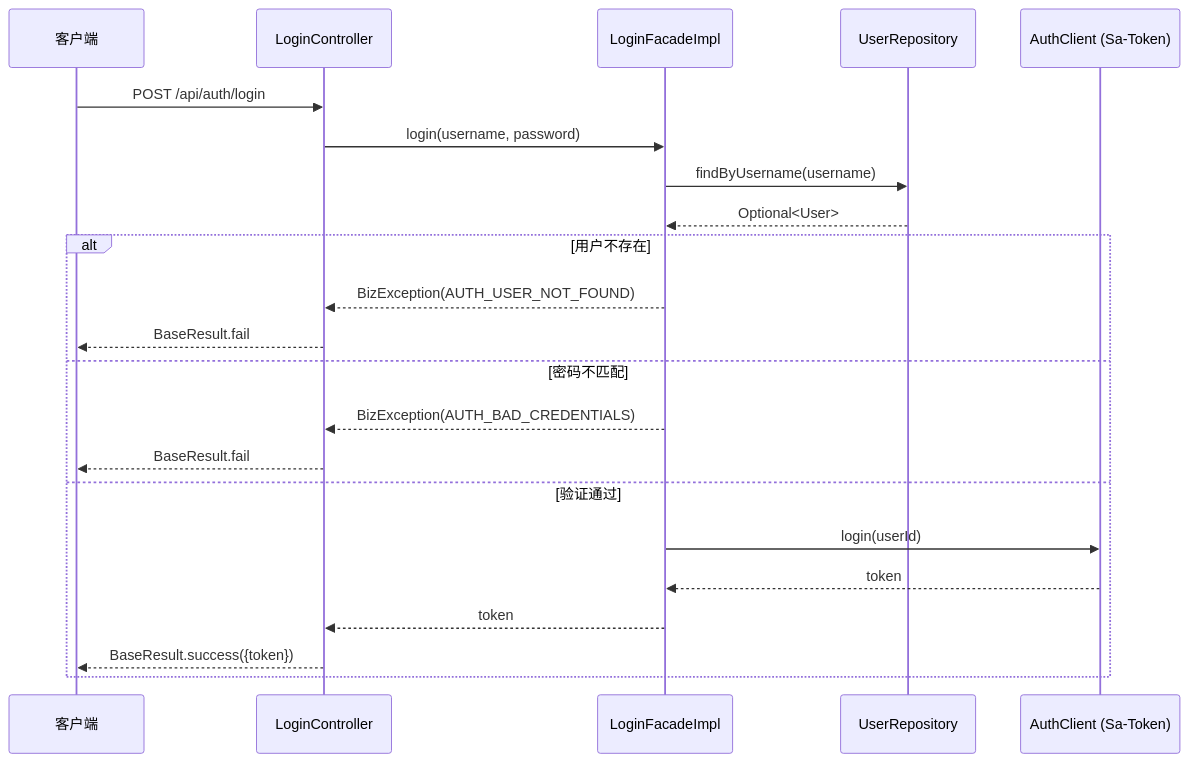
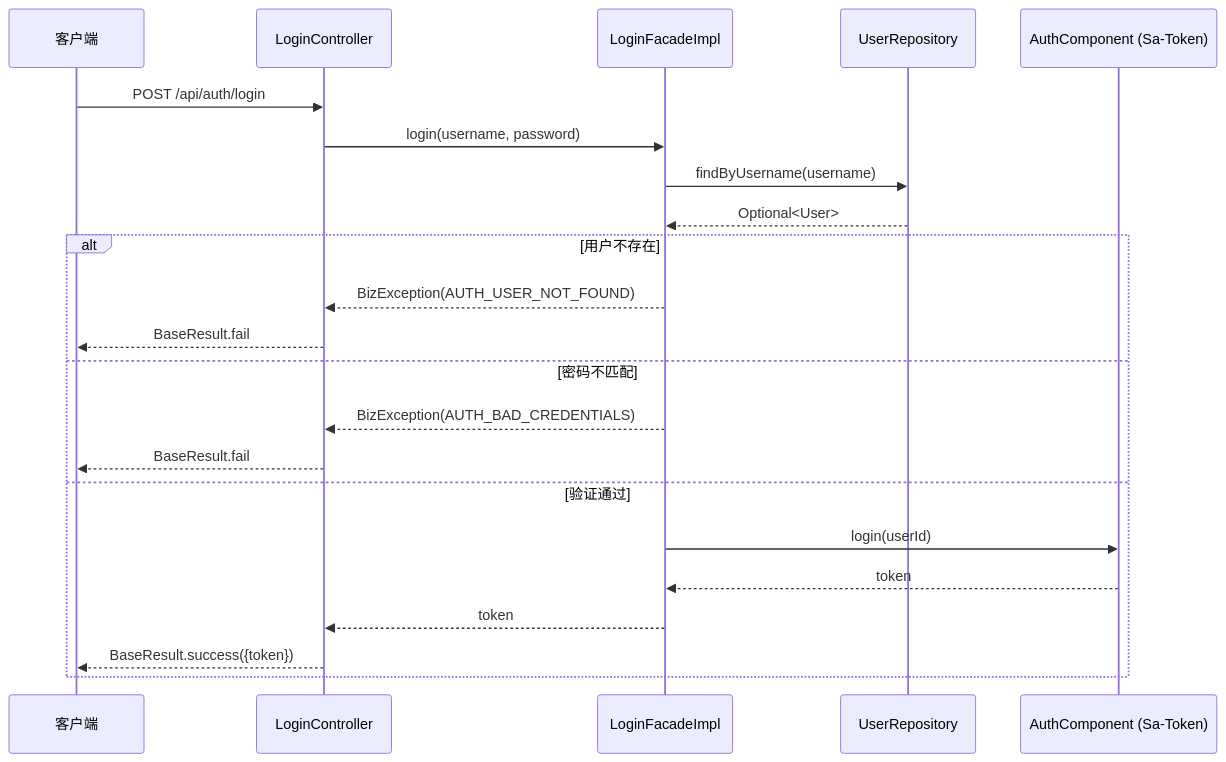
The first of 2 diagrams in docs/modules/auth.md (LeoNardo-LB/web-quick-start-light), drawn with Mermaid before and after one commit. The commit also changed other lines of this file and 28 other files, not shown here.

First line of the commit message:
docs: 完成文档重命名 client-* → component-* 及引用更新

````diff
--- a/docs/modules/auth.md
+++ b/docs/modules/auth.md
@@ -31,25 +31,25 @@
 ```mermaid
 sequenceDiagram
     participant Client as 客户端
     participant Controller as LoginController
     participant Facade as LoginFacadeImpl
     participant Repo as UserRepository
-    participant Auth as AuthClient (Sa-Token)
+    participant Auth as AuthComponent (Sa-Token)
 
     Client->>Controller: POST /api/auth/login
     Controller->>Facade: login(username, password)
     Facade->>Repo: findByUsername(username)
     Repo-->>Facade: Optional<User>
     alt 用户不存在
         Facade-->>Controller: BizException(AUTH_USER_NOT_FOUND)
         Controller-->>Client: BaseResult.fail
     else 密码不匹配
         Facade-->>Controller: BizException(AUTH_BAD_CREDENTIALS)
         Controller-->>Client: BaseResult.fail
     else 验证通过
         Facade->>Auth: login(userId)
         Auth-->>Facade: token
         Facade-->>Controller: token
         Controller-->>Client: BaseResult.success({token})
     end
 ```
````
